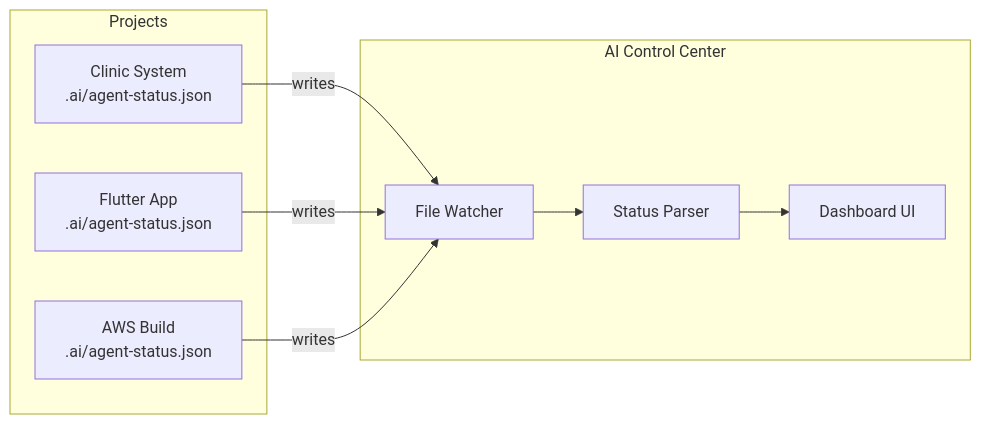
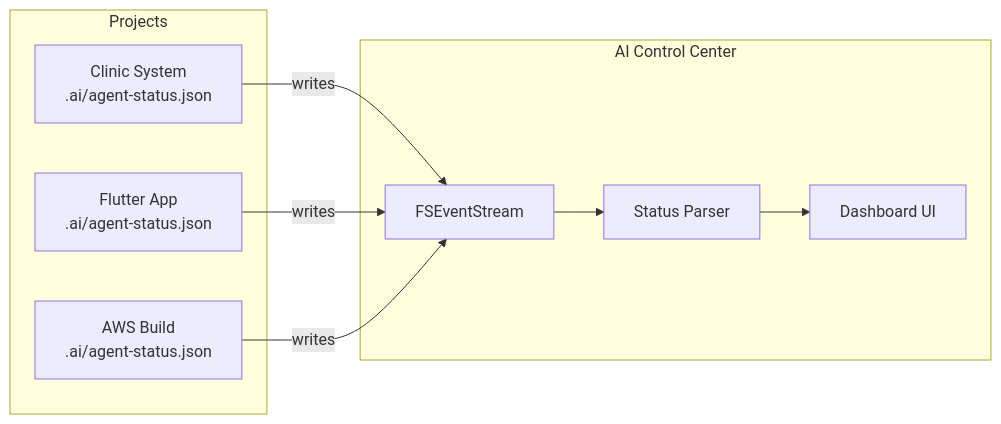
One commit to nnm-tgr/ai-control-center changed the first of 3 diagrams in README.md. Above: the diagram before and after it, drawn with Mermaid. The commit also changed other lines of this file, not shown here.

````diff
--- a/README.md
+++ b/README.md
@@ -79,19 +79,19 @@
 ```mermaid
 flowchart LR
     subgraph Projects
         A[Clinic System\n.ai/agent-status.json]
         B[Flutter App\n.ai/agent-status.json]
         C[AWS Build\n.ai/agent-status.json]
     end
 
     subgraph AI Control Center
-        W[File Watcher]
+        W[FSEventStream]
         P[Status Parser]
         D[Dashboard UI]
     end
 
     A -->|writes| W
     B -->|writes| W
     C -->|writes| W
     W --> P --> D
 ```
````
